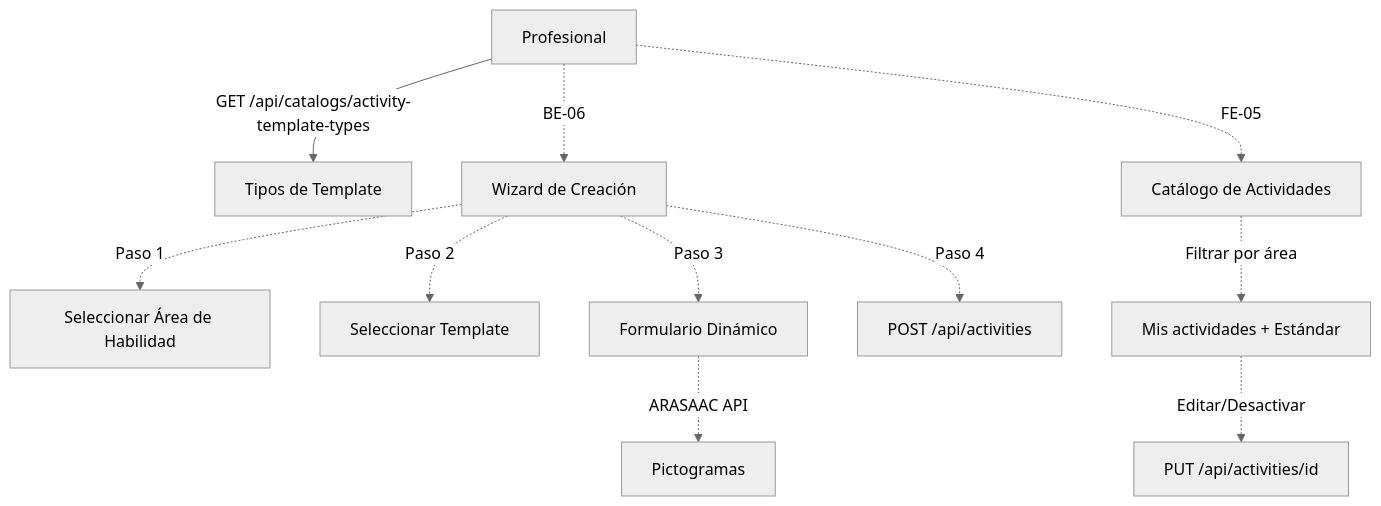
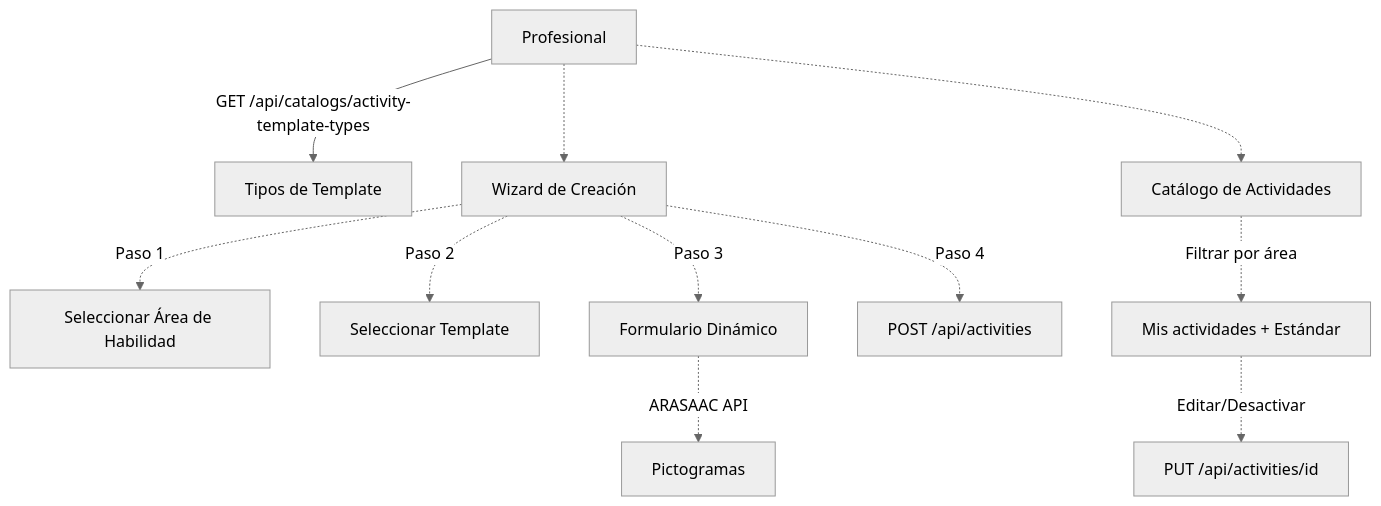
One commit to Sacha-html/InclusiON changed the diagram in Process/10-gestion-actividades.md. Above: the diagram before and after it, drawn with Mermaid (neutral theme). The commit also changed other lines of this file and 15 other files, not shown here.

````diff
--- a/Process/10-gestion-actividades.md
+++ b/Process/10-gestion-actividades.md
@@ -40,16 +40,16 @@
 ```mermaid
 flowchart TD
     PROF[Profesional] -->|GET /api/catalogs/activity-template-types| TMPL[Tipos de Template]
 
-    PROF -.->|BE-06| WIZARD[Wizard de Creación]
+    PROF -.-> WIZARD[Wizard de Creación]
     WIZARD -.->|Paso 1| AREA[Seleccionar Área de Habilidad]
     WIZARD -.->|Paso 2| SEL_T[Seleccionar Template]
     WIZARD -.->|Paso 3| FORM[Formulario Dinámico]
     FORM -.->|ARASAAC API| PICTO[Pictogramas]
     WIZARD -.->|Paso 4| SAVE[POST /api/activities]
 
-    PROF -.->|FE-05| CAT[Catálogo de Actividades]
+    PROF -.-> CAT[Catálogo de Actividades]
     CAT -.->|Filtrar por área| LIST[Mis actividades + Estándar]
     LIST -.->|Editar/Desactivar| EDIT[PUT /api/activities/id]
 
 ```
````
